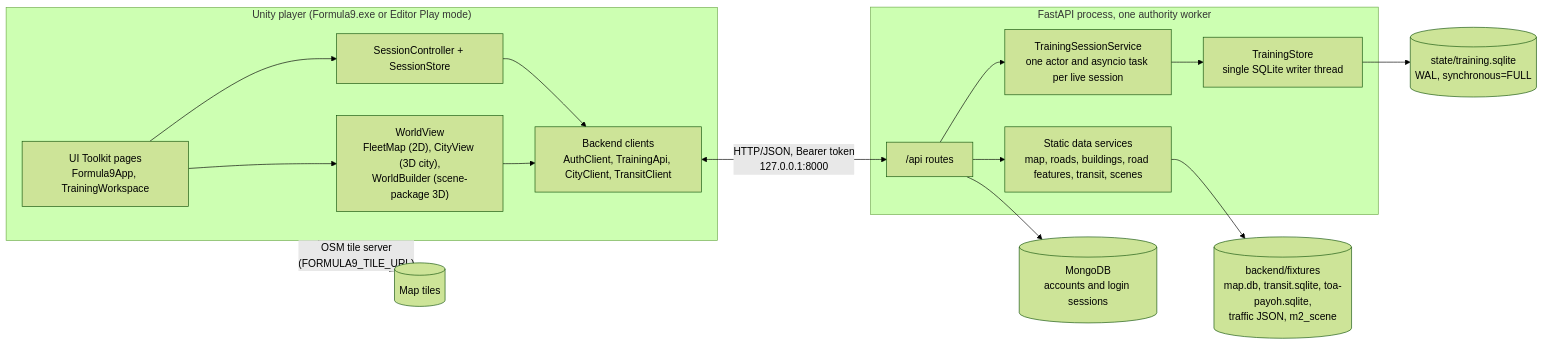
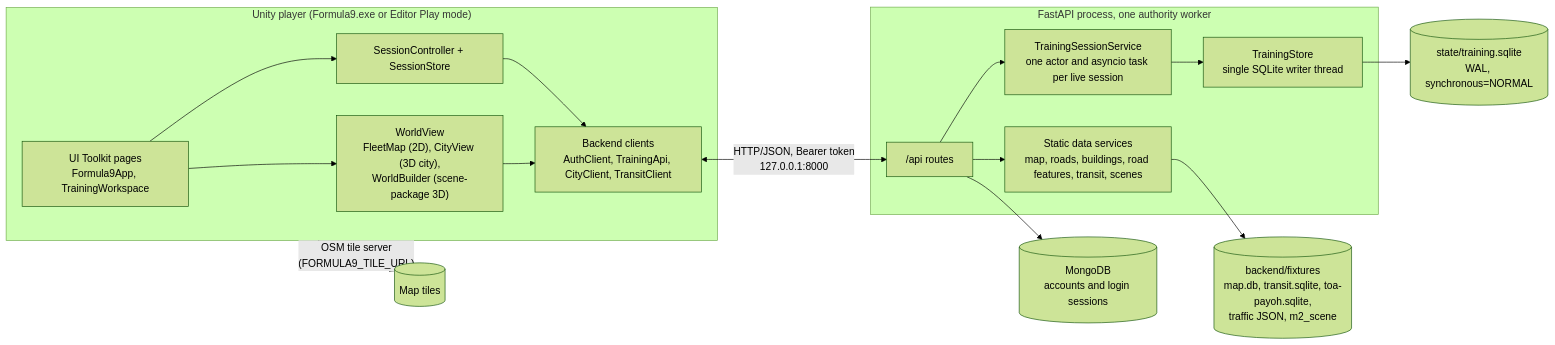
Before and after one commit to axewhy-xy/Formula9: the diagram in docs/architecture.md, drawn with Mermaid (forest theme). The commit also changed other lines of this file and 22 other files, not shown here.

````diff
--- a/docs/architecture.md
+++ b/docs/architecture.md
@@ -58,29 +58,29 @@
 ```mermaid
 flowchart LR
     subgraph Player["Unity player (Formula9.exe or Editor Play mode)"]
         UI["UI Toolkit pages<br/>Formula9App, TrainingWorkspace"]
         Ctrl["SessionController + SessionStore"]
         World["WorldView<br/>FleetMap (2D), CityView (3D city),<br/>WorldBuilder (scene-package 3D)"]
         Http["Backend clients<br/>AuthClient, TrainingApi, CityClient, TransitClient"]
         UI --> Ctrl
         UI --> World
         Ctrl --> Http
         World --> Http
     end
 
     subgraph Server["FastAPI process, one authority worker"]
         API["/api routes"]
         Svc["TrainingSessionService<br/>one actor and asyncio task per live session"]
         Store["TrainingStore<br/>single SQLite writer thread"]
         Static["Static data services<br/>map, roads, buildings, road features, transit, scenes"]
         API --> Svc
         Svc --> Store
         API --> Static
     end
 
     Http <-->|"HTTP/JSON, Bearer token<br/>127.0.0.1:8000"| API
-    Store --> DB[("state/training.sqlite<br/>WAL, synchronous=FULL")]
+    Store --> DB[("state/training.sqlite<br/>WAL, synchronous=NORMAL")]
     API --> Mongo[("MongoDB<br/>accounts and login sessions")]
     Static --> Fix[("backend/fixtures<br/>map.db, transit.sqlite, toa-payoh.sqlite,<br/>traffic JSON, m2_scene")]
     Player -.->|"OSM tile server<br/>(FORMULA9_TILE_URL)"| Tiles[("Map tiles")]
 ```
````
